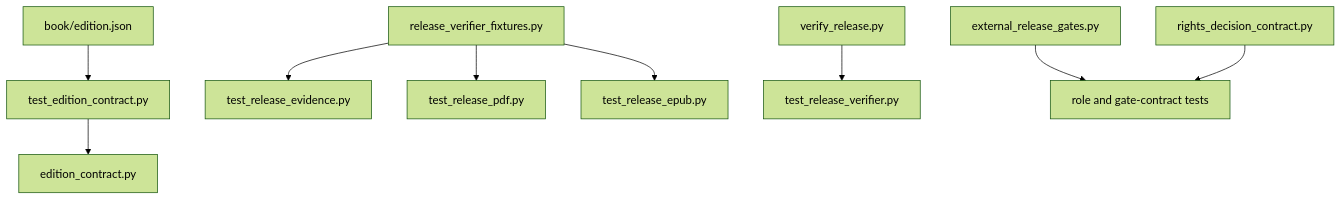
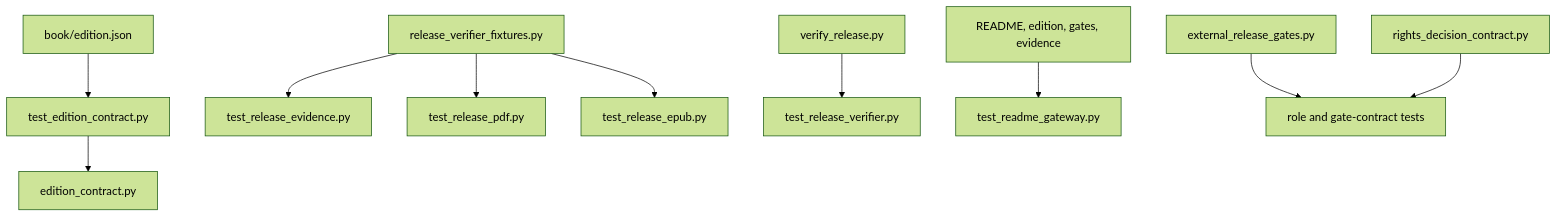
Before and after one commit to streamentry/streamentry: the second of 5 diagrams in tests/AGENTS.md, drawn with Mermaid (forest theme). The commit also changed other lines of this file and 7 other files, not shown here.

````diff
--- a/tests/AGENTS.md
+++ b/tests/AGENTS.md
@@ -49,11 +51,12 @@
 ```mermaid
 flowchart TB
   C["book/edition.json"] --> D["test_edition_contract.py"]
   D --> L["edition_contract.py"]
   X["release_verifier_fixtures.py"] --> E["test_release_evidence.py"]
   X --> P["test_release_pdf.py"]
   X --> U["test_release_epub.py"]
   V["verify_release.py"] --> I["test_release_verifier.py"]
+  W["README, edition, gates, evidence"] --> J["test_readme_gateway.py"]
   G["external_release_gates.py"] --> Q["role and gate-contract tests"]
   R["rights_decision_contract.py"] --> Q
 ```
````
